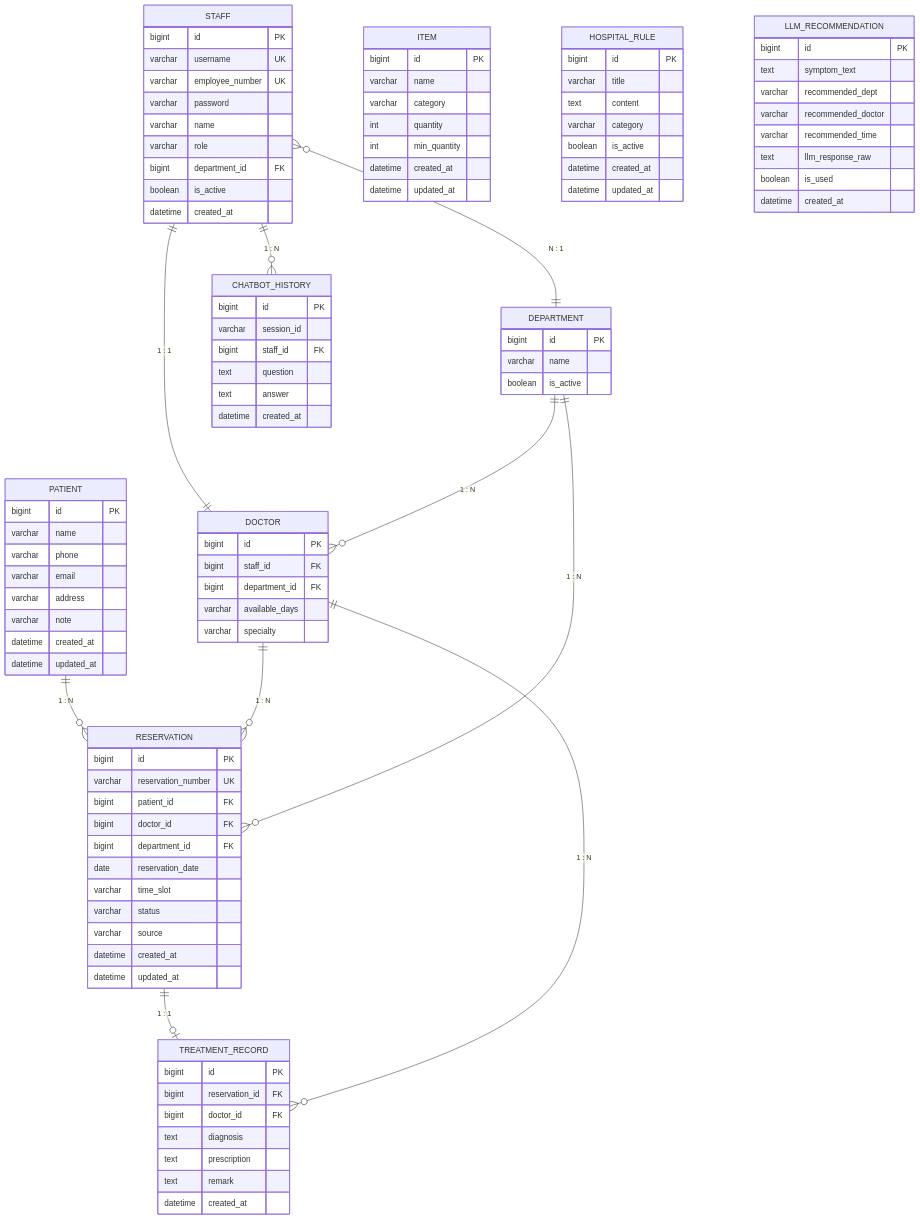
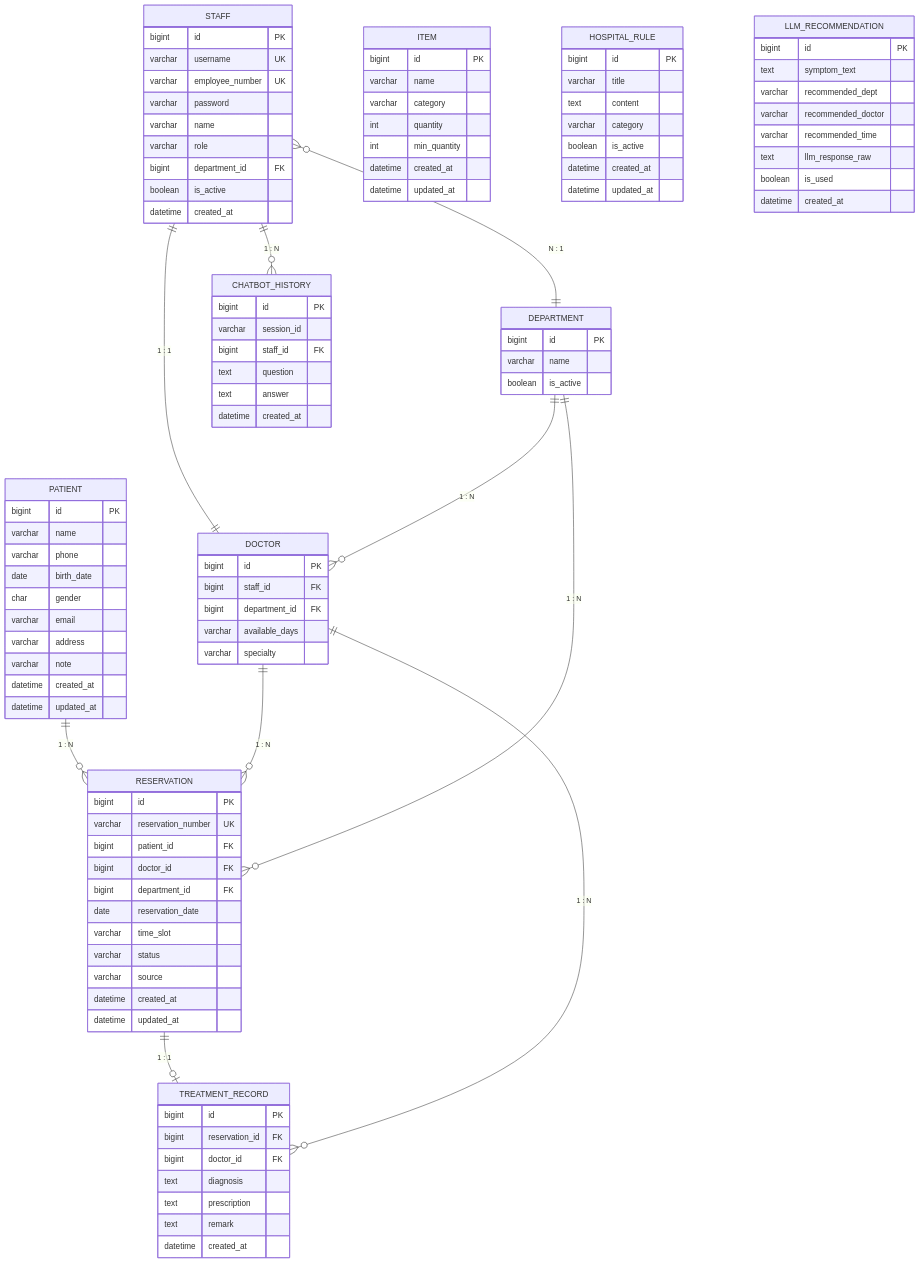
Before and after one commit to proejct-team-alpha/documents: the first of 2 diagrams in 02_ERD_문서/🏥_병원_예약_&_내부_업무_시스템_—_ERD_문서_v4.md, drawn with Mermaid. The commit also changed 3 other files, not shown here.

First line of the commit message:
ERD 전체 다이어그램: PATIENT에 birth_date, gender 반영

```diff
--- a/02_ERD_문서/🏥_병원_예약_&_내부_업무_시스템_—_ERD_문서_v4.md
+++ b/02_ERD_문서/🏥_병원_예약_&_내부_업무_시스템_—_ERD_문서_v4.md
@@ -29,6 +29,8 @@
         bigint      id              PK
         varchar     name
         varchar     phone
+        date        birth_date
+        char        gender
         varchar     email
         varchar     address
         varchar     note
```
